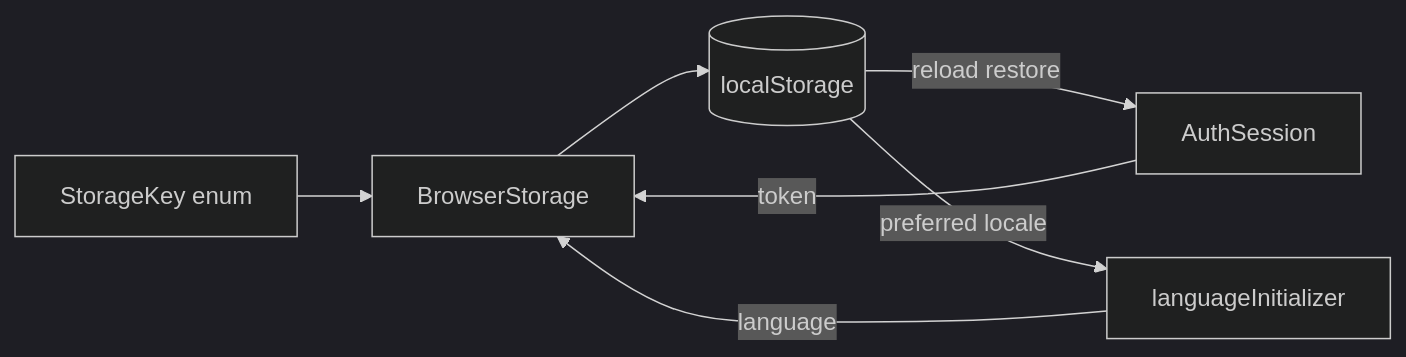
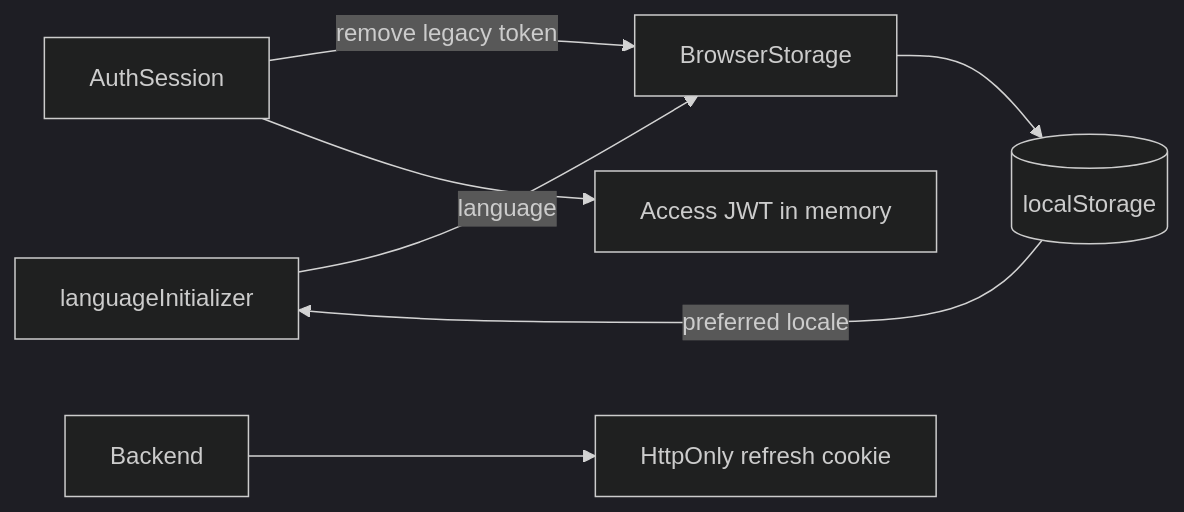
The diagram in lode/storage/summary.md (Zwezh/media-shelf), drawn with Mermaid (dark theme) before and after one commit. The commit also changed other lines of this file and 45 other files, not shown here.

````diff
--- a/lode/storage/summary.md
+++ b/lode/storage/summary.md
@@ -14,9 +11,9 @@
 ```mermaid
 flowchart LR
-  Enum[StorageKey enum] --> Wrapper[BrowserStorage]
-  Auth[AuthSession] -->|token| Wrapper
-  I18n[languageInitializer] -->|language| Wrapper
+  I18n[languageInitializer] -->|language| Wrapper[BrowserStorage]
+  Auth[AuthSession] -->|remove legacy token| Wrapper
   Wrapper --> LocalStorage[(localStorage)]
-  LocalStorage -->|reload restore| Auth
   LocalStorage -->|preferred locale| I18n
+  Auth --> Memory[Access JWT in memory]
+  Server[Backend] --> Cookie[HttpOnly refresh cookie]
 ```
````
